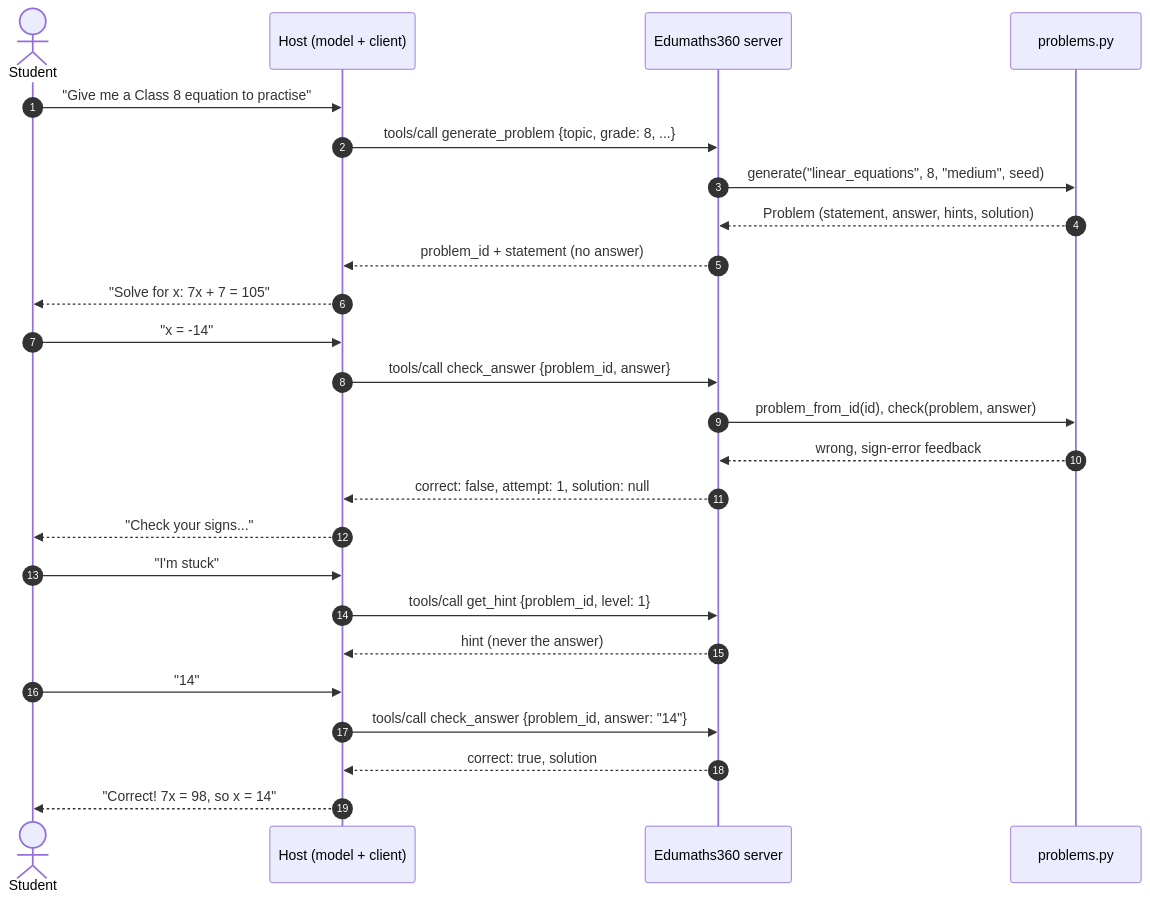
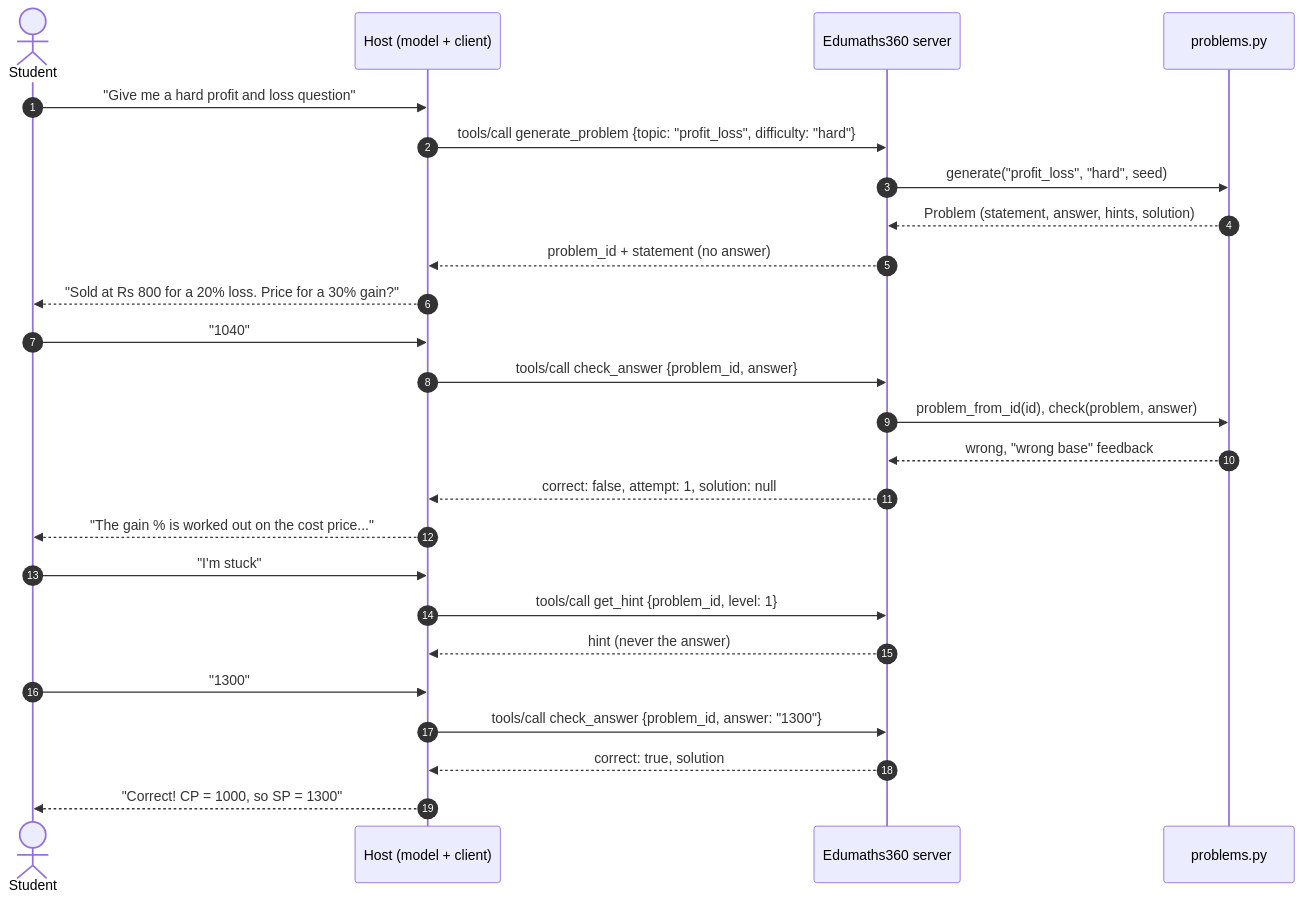
The second of 3 diagrams in docs-site/docs/explanation/architecture.md (Creator-hub24/edumaths360-mcp-docs), drawn with Mermaid before and after one commit. The commit also changed other lines of this file and 33 other files, not shown here.

````diff
--- a/docs-site/docs/explanation/architecture.md
+++ b/docs-site/docs/explanation/architecture.md
@@ -46,31 +46,31 @@
 ```mermaid
 sequenceDiagram
     autonumber
     actor Student
     participant Host as Host (model + client)
     participant Server as Edumaths360 server
     participant Maths as problems.py
 
-    Student->>Host: "Give me a Class 8 equation to practise"
-    Host->>Server: tools/call generate_problem {topic, grade: 8, ...}
-    Server->>Maths: generate("linear_equations", 8, "medium", seed)
+    Student->>Host: "Give me a hard profit and loss question"
+    Host->>Server: tools/call generate_problem {topic: "profit_loss", difficulty: "hard"}
+    Server->>Maths: generate("profit_loss", "hard", seed)
     Maths-->>Server: Problem (statement, answer, hints, solution)
     Server-->>Host: problem_id + statement (no answer)
-    Host-->>Student: "Solve for x: 7x + 7 = 105"
+    Host-->>Student: "Sold at Rs 800 for a 20% loss. Price for a 30% gain?"
 
-    Student->>Host: "x = -14"
+    Student->>Host: "1040"
     Host->>Server: tools/call check_answer {problem_id, answer}
     Server->>Maths: problem_from_id(id), check(problem, answer)
-    Maths-->>Server: wrong, sign-error feedback
+    Maths-->>Server: wrong, "wrong base" feedback
     Server-->>Host: correct: false, attempt: 1, solution: null
-    Host-->>Student: "Check your signs..."
+    Host-->>Student: "The gain % is worked out on the cost price..."
 
     Student->>Host: "I'm stuck"
     Host->>Server: tools/call get_hint {problem_id, level: 1}
     Server-->>Host: hint (never the answer)
 
-    Student->>Host: "14"
-    Host->>Server: tools/call check_answer {problem_id, answer: "14"}
+    Student->>Host: "1300"
+    Host->>Server: tools/call check_answer {problem_id, answer: "1300"}
     Server-->>Host: correct: true, solution
-    Host-->>Student: "Correct! 7x = 98, so x = 14"
+    Host-->>Student: "Correct! CP = 1000, so SP = 1300"
 ```
````
